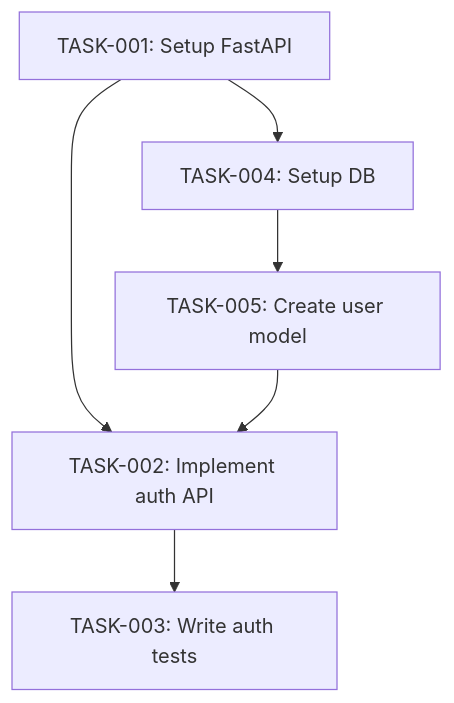
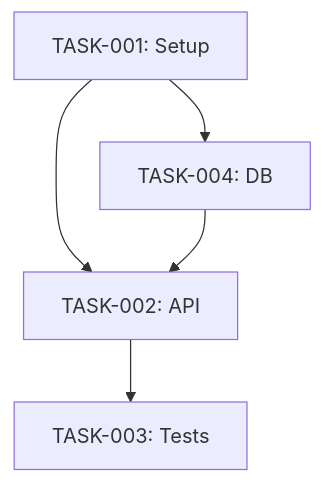
The first of 2 diagrams in docs/technical-design.md (nakishiyaman/clauxton), drawn with Mermaid before and after one commit. The commit also changed other lines of this file and 11 other files, not shown here.

````diff
--- a/docs/technical-design.md
+++ b/docs/technical-design.md
@@ -1898,8 +803,7 @@
 ```mermaid
 graph TD
-    TASK001[TASK-001: Setup FastAPI] --> TASK002[TASK-002: Implement auth API]
-    TASK002 --> TASK003[TASK-003: Write auth tests]
-    TASK001 --> TASK004[TASK-004: Setup DB]
-    TASK004 --> TASK005[TASK-005: Create user model]
-    TASK005 --> TASK002
+    TASK001[TASK-001: Setup] --> TASK002[TASK-002: API]
+    TASK002 --> TASK003[TASK-003: Tests]
+    TASK001 --> TASK004[TASK-004: DB]
+    TASK004 --> TASK002
 ```
````
